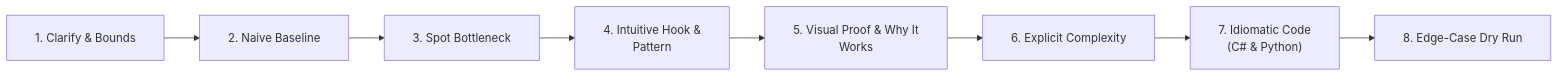
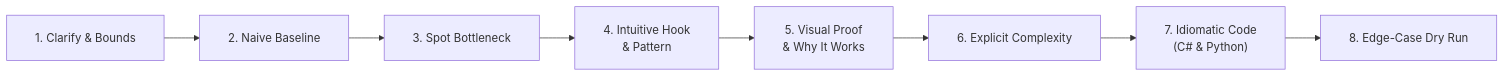
Before and after one commit to dip4k/DSA_102: the first of 2 diagrams in GEMINI.md, drawn with Mermaid. The commit also changed other lines of this file and 106 other files, not shown here.

First line of the commit message:
fix(mermaid): prevent text clipping with foreignObject overflow and tighter line wrapping

````diff
--- a/GEMINI.md
+++ b/GEMINI.md
@@ -26,11 +26,11 @@
 ```mermaid
-%%{init: {"flowchart": {"htmlLabels": true, "padding": 20}}}%%
+%%{init: {"flowchart": {"htmlLabels": true, "padding": 20}, "themeCSS": "foreignObject { overflow: visible !important; }"}}%%
 flowchart LR
     S1["1. Clarify & Bounds"] --> S2["2. Naive Baseline"]
     S2 --> S3["3. Spot Bottleneck"]
-    S3 --> S4["4. Intuitive Hook &<br/>Pattern"]
-    S4 --> S5["5. Visual Proof & Why It<br/>Works"]
+    S3 --> S4["4. Intuitive Hook<br/>& Pattern"]
+    S4 --> S5["5. Visual Proof<br/>& Why It Works"]
     S5 --> S6["6. Explicit Complexity"]
     S6 --> S7["7. Idiomatic Code<br/>(C# & Python)"]
     S7 --> S8["8. Edge-Case Dry Run"]
 ```
````
